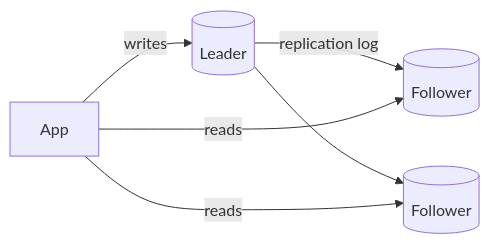
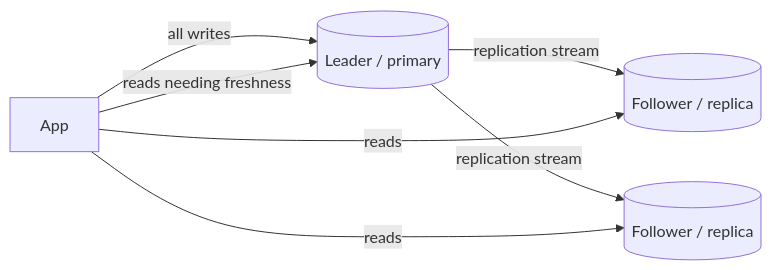
One commit to hshtgbrendo/software-dev-prep changed the first of 3 diagrams in design/3 System Design/Databases & Storage.md. Above: the diagram before and after it, drawn with Mermaid. The commit also changed other lines of this file and 28 other files, not shown here.

````diff
--- a/design/3 System Design/Databases & Storage.md
+++ b/design/3 System Design/Databases & Storage.md
@@ -129,8 +315,9 @@
 ```mermaid
 flowchart LR
-  App -->|writes| L[(Leader)]
-  L -->|replication log| F1[(Follower)]
-  L --> F2[(Follower)]
+  App -->|all writes| L[(Leader / primary)]
+  L -->|replication stream| F1[(Follower / replica)]
+  L -->|replication stream| F2[(Follower / replica)]
   App -->|reads| F1
   App -->|reads| F2
+  App -->|reads needing freshness| L
 ```
````
